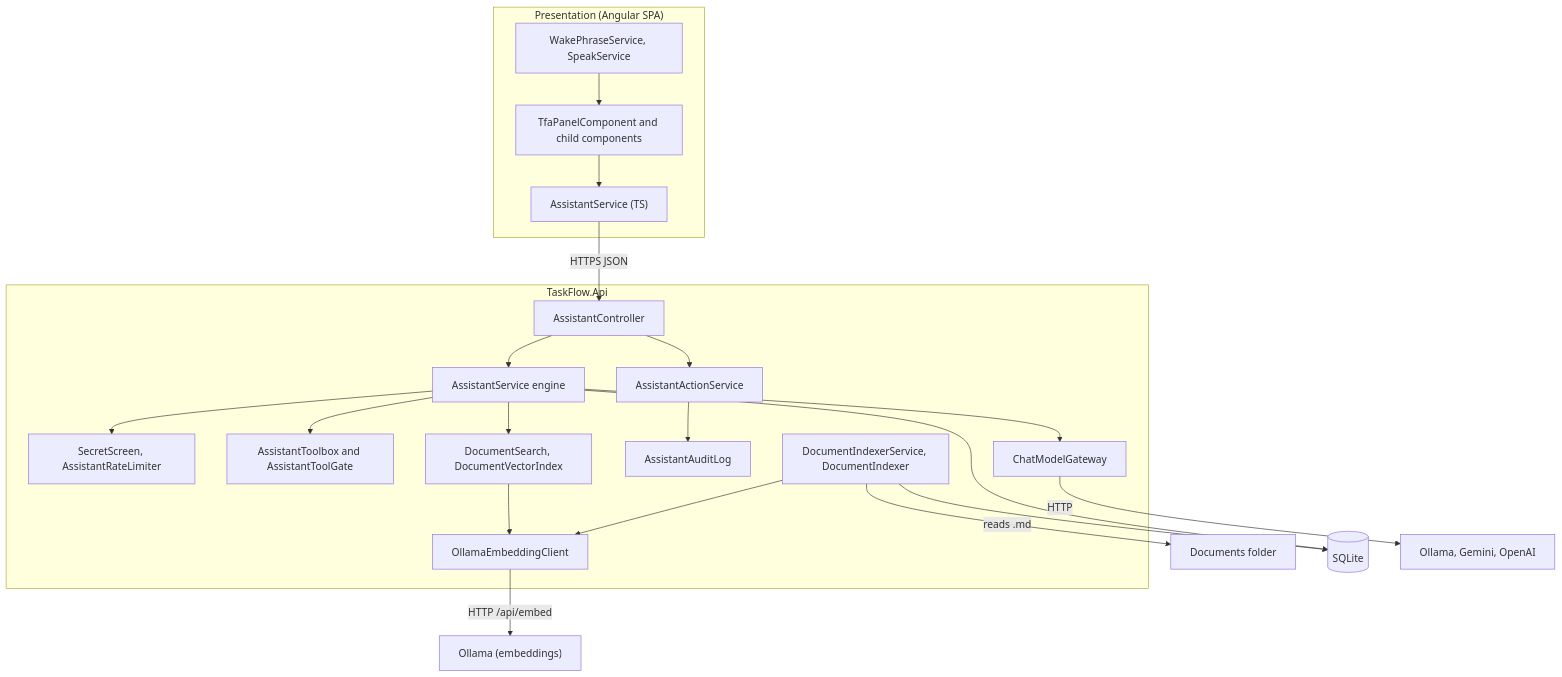
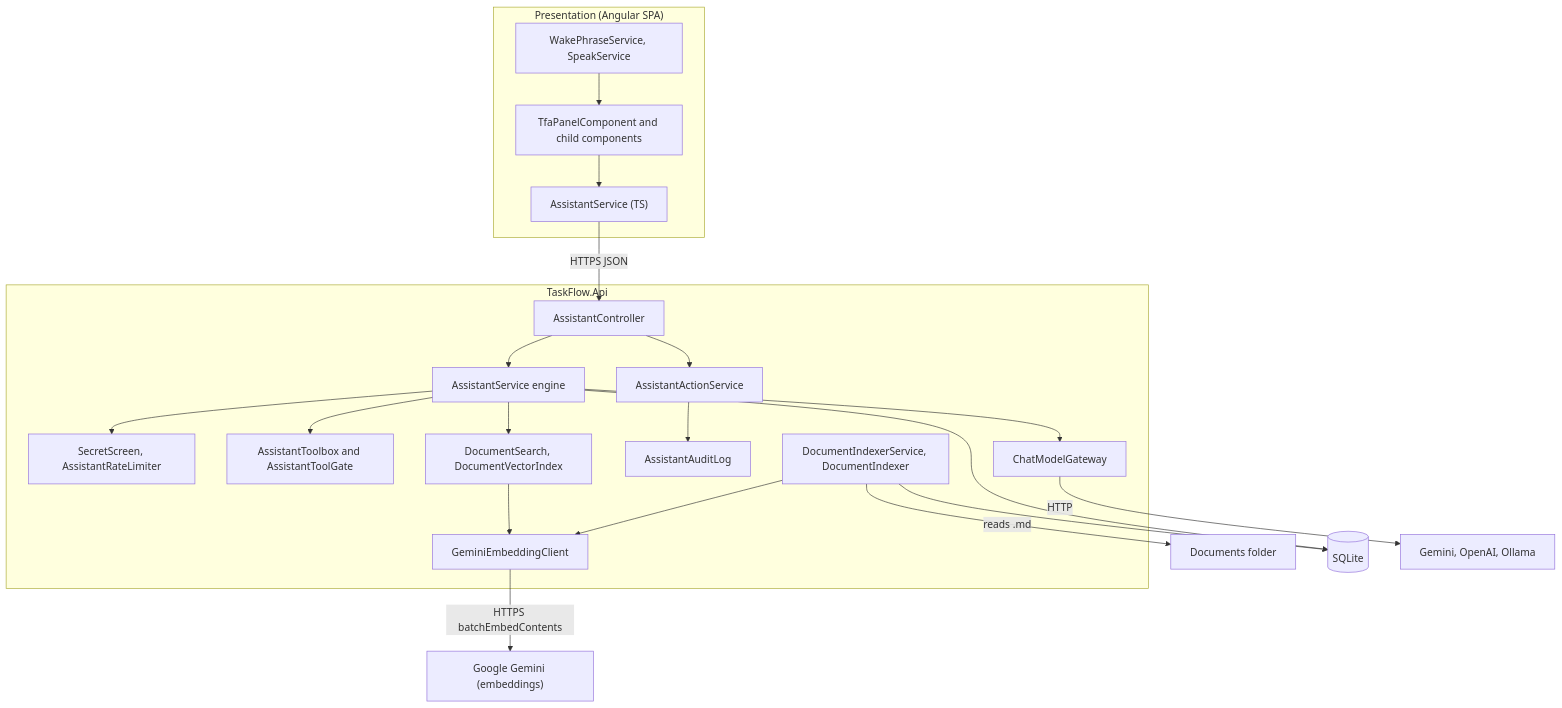
Before and after one commit to jojogeorge3344/TaskFlow-Project: the second of 9 diagrams in TF - Documents/TF - HLD/08-TFA-Assistant/08.1-Assistant/HLD-Assistant.md, drawn with Mermaid. The commit also changed other lines of this file and 65 other files, not shown here.

First line of the commit message:
feat(tfa): make Google Gemini the default chat provider and document embedding engine

````diff
--- a/TF - Documents/TF - HLD/08-TFA-Assistant/08.1-Assistant/HLD-Assistant.md
+++ b/TF - Documents/TF - HLD/08-TFA-Assistant/08.1-Assistant/HLD-Assistant.md
@@ -158,32 +158,32 @@
 ```mermaid
 flowchart TB
   subgraph Client["Presentation (Angular SPA)"]
     PANEL["TfaPanelComponent and child components"]
     VOICE["WakePhraseService, SpeakService"]
     ASV["AssistantService (TS)"]
   end
   subgraph Server["TaskFlow.Api"]
     CTRL["AssistantController"]
     CHAT["AssistantService engine"]
     SAFE["SecretScreen, AssistantRateLimiter"]
     TOOLS["AssistantToolbox and AssistantToolGate"]
     ACT["AssistantActionService"]
     GW["ChatModelGateway"]
     AUD["AssistantAuditLog"]
     DOCS["DocumentSearch, DocumentVectorIndex"]
     IDX["DocumentIndexerService, DocumentIndexer"]
-    EMB["OllamaEmbeddingClient"]
+    EMB["GeminiEmbeddingClient"]
   end
   PANEL --> ASV
   VOICE --> PANEL
   ASV -->|"HTTPS JSON"| CTRL
   CTRL --> CHAT --> SAFE
   CHAT --> DOCS --> EMB
-  IDX --> EMB -->|"HTTP /api/embed"| OLLE["Ollama (embeddings)"]
+  IDX --> EMB -->|"HTTPS batchEmbedContents"| GEME["Google Gemini (embeddings)"]
   IDX -->|"reads .md"| FOLDER["Documents folder"]
   IDX --> DB
   CHAT --> TOOLS
-  CHAT --> GW -->|"HTTP"| PROV["Ollama, Gemini, OpenAI"]
+  CHAT --> GW -->|"HTTP"| PROV["Gemini, OpenAI, Ollama"]
   CTRL --> ACT --> AUD
   CHAT --> DB[("SQLite")]
 ```
````
